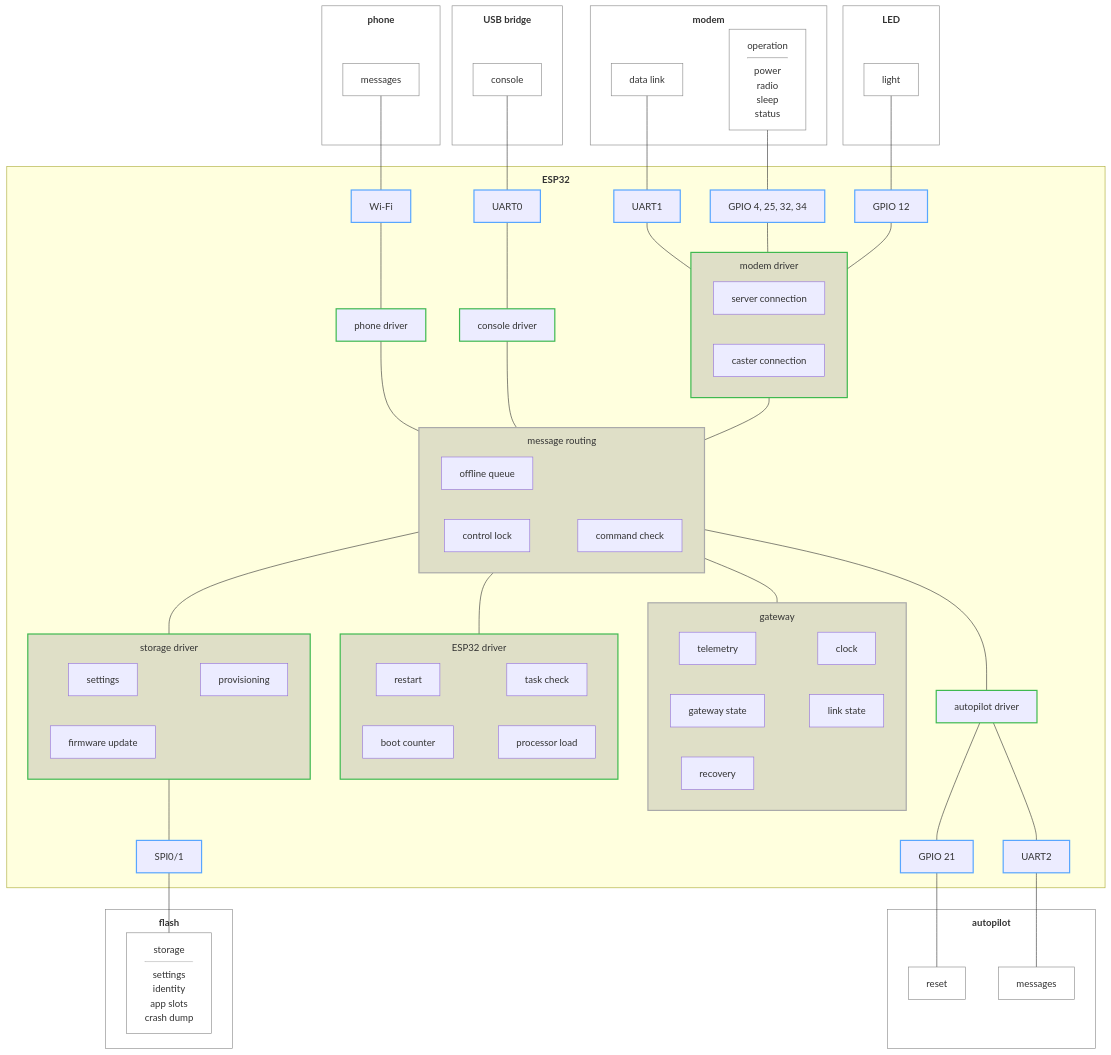
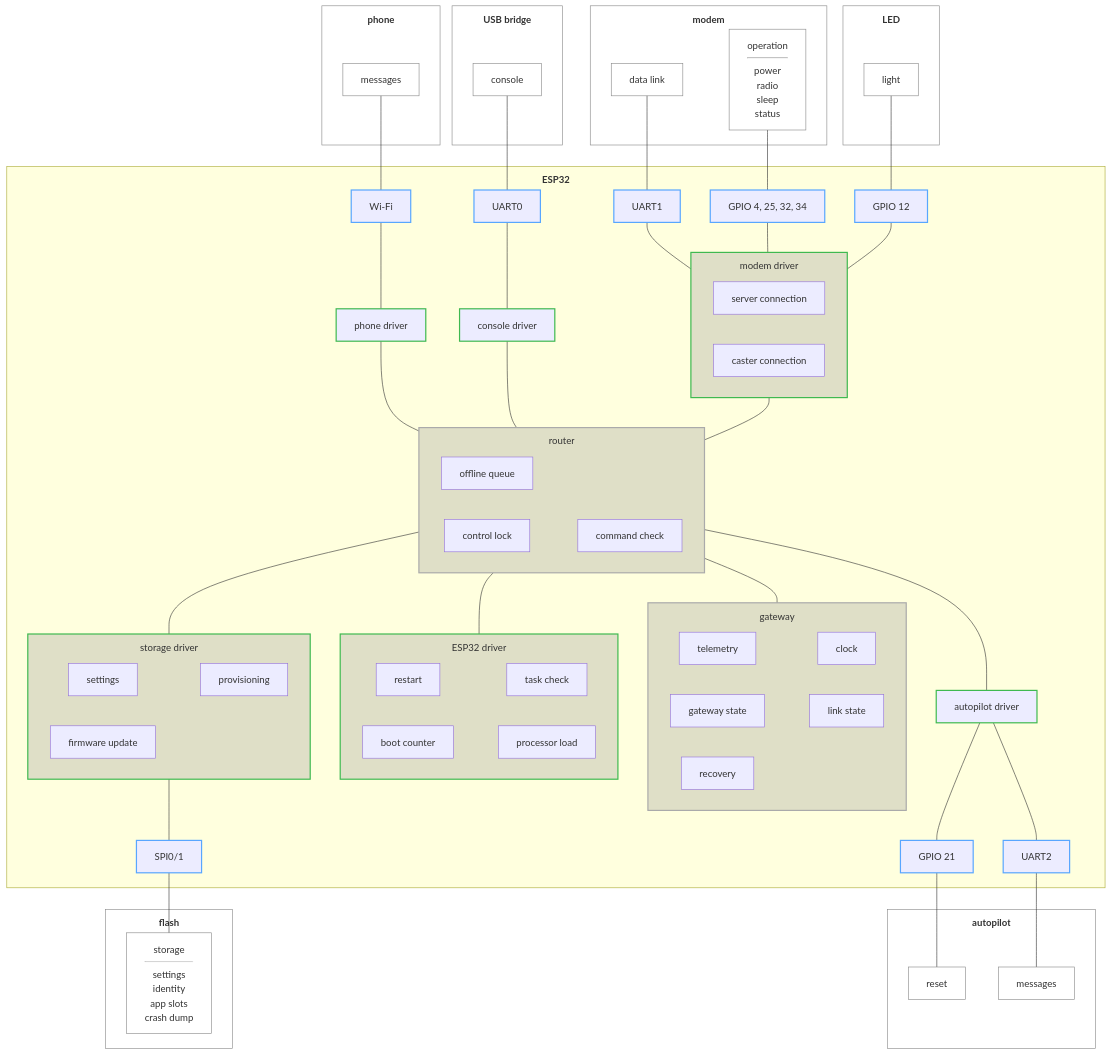
One commit to rmx-lt/rmx-mower-gateway changed the diagram in .esp-architecture/diagrams/block-draft.md. Above: the diagram before and after it, drawn with Mermaid.

Commit message:
Draft: router

```diff
--- a/.esp-architecture/diagrams/block-draft.md
+++ b/.esp-architecture/diagrams/block-draft.md
@@ -37,7 +37,7 @@
     end
     phd["phone driver"]
     con["console driver"]
-    subgraph msg["message routing"]
+    subgraph msg["router"]
       lock["control lock"]
       chk["command check"]
       q["offline queue"]
```
